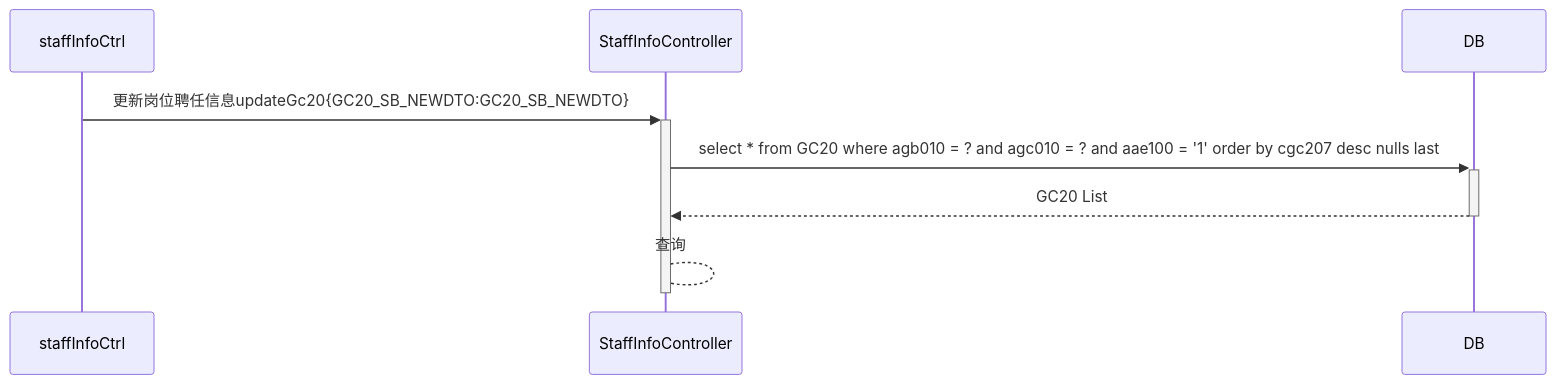
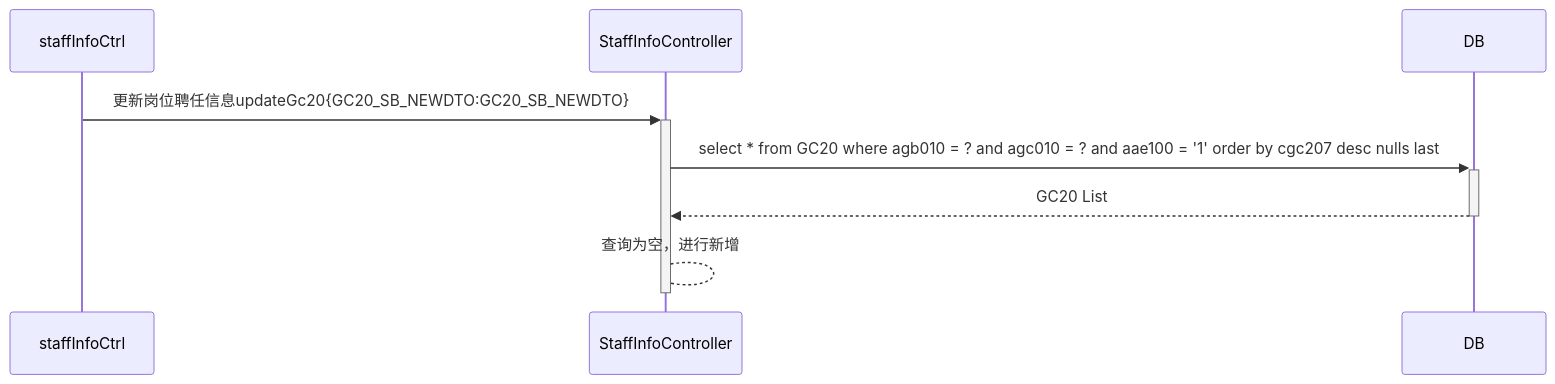
One commit to ZhangJianBeiJing/iodraw-files changed the diagram in all/未命名.md. Above: the diagram before and after it, drawn with Mermaid.

Commit message:
2025-03-24 18:56:38 update

````diff
--- a/all/未命名.md
+++ b/all/未命名.md
@@ -1,7 +1,7 @@
 ```mermaid
 sequenceDiagram
     staffInfoCtrl->>+StaffInfoController:更新岗位聘任信息updateGc20{GC20_SB_NEWDTO:GC20_SB_NEWDTO}
     StaffInfoController->>+DB:select * from GC20 where agb010 = ? and agc010 = ? and aae100 = '1' order by cgc207 desc nulls last
     DB-->>-StaffInfoController:GC20 List
-    StaffInfoController-->-StaffInfoController:查询
+    StaffInfoController-->-StaffInfoController:查询为空，进行新增 
 ```
````
